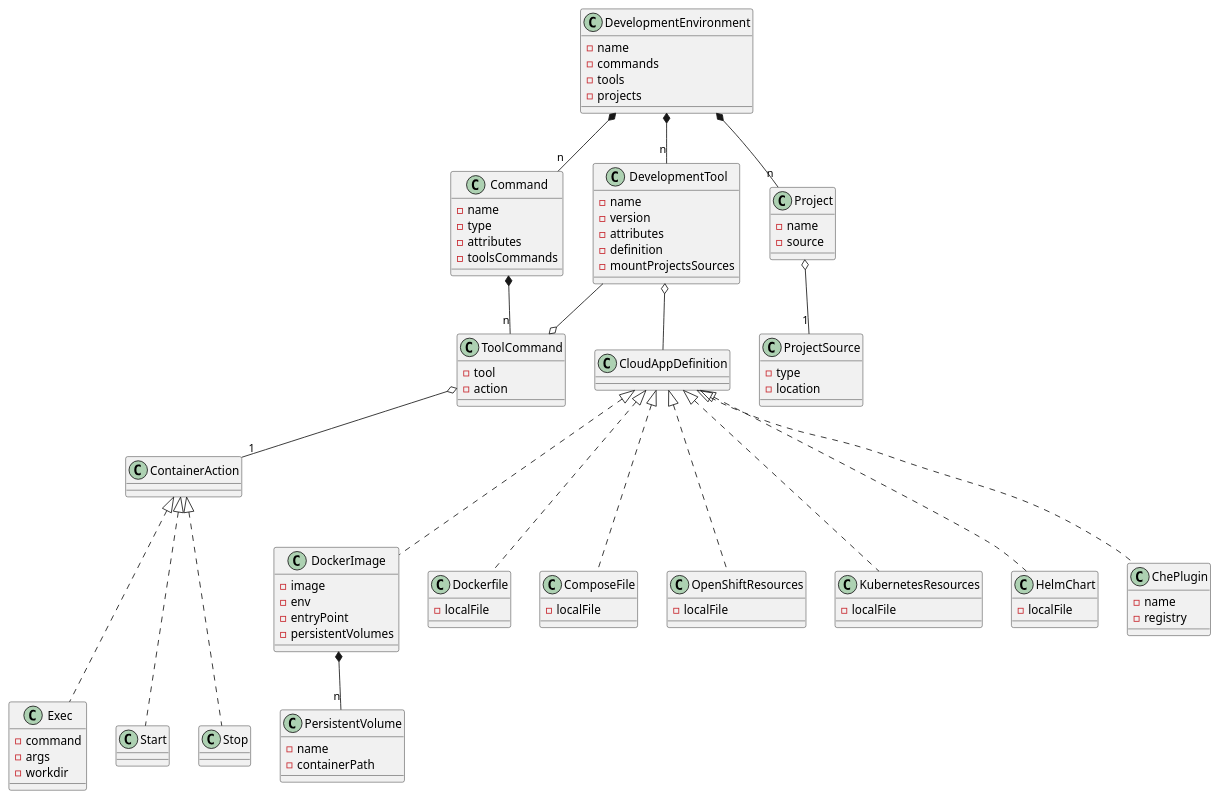
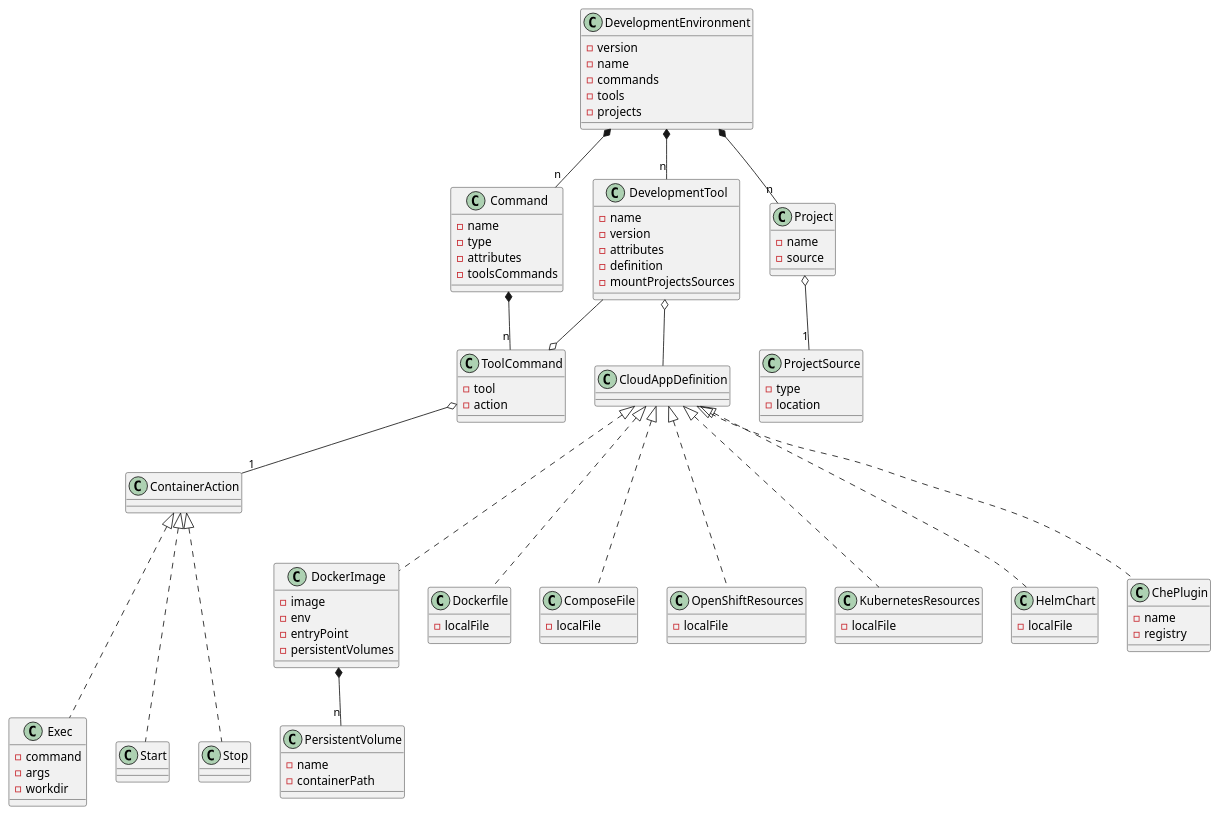
Before and after one commit to redhat-developer/devfile: the diagram in devfile.plantuml, drawn with PlantUML. The commit also changed 1 other file, not shown here.

Commit message:
Added version after Gorkem feedback

```diff
--- a/devfile.plantuml
+++ b/devfile.plantuml
@@ -1,127 +1,128 @@
 @startuml
 
 class DevelopmentEnvironment {
+  - version
   - name
   - commands
   - tools
   - projects
 }
 
 together {
   class DevelopmentTool
   class Command
   class Project
 }
 
 together {
   class ToolCommand
   class CloudAppDefinition
 }
 
 DevelopmentEnvironment *-- "n" DevelopmentTool
 DevelopmentEnvironment *-- "n" Command
 DevelopmentEnvironment *-- "n" Project
 
 class DevelopmentTool {
     - name
     - version
     - attributes
     - definition
     - mountProjectsSources
 }
 
 DevelopmentTool o-- CloudAppDefinition
 
 CloudAppDefinition <|-.. DockerImage
 CloudAppDefinition <|-.. Dockerfile
 CloudAppDefinition <|-.. ComposeFile
 CloudAppDefinition <|-.. OpenShiftResources
 CloudAppDefinition <|-.. KubernetesResources
 CloudAppDefinition <|-.. HelmChart
 CloudAppDefinition <|-.. ChePlugin
 
 class Command {
   - name
   - type
   - attributes
   - toolsCommands
 }
 
 Command *-- "n" ToolCommand
 ToolCommand o-- DevelopmentTool
 
 class ToolCommand {
   - tool
   - action
 }
 
 ToolCommand o-- "1" ContainerAction
 
 ContainerAction <|-..Exec
 ContainerAction <|-..Start
 ContainerAction <|-..Stop
 
 together {
   class Exec
   class Start
   class Stop
 }
 
 class Exec {
   - command
   - args
   - workdir
 }
 
 class Project {
   - name
   - source
 }
 
 Project o-- "1" ProjectSource
 
 class ProjectSource {
   - type
   - location
 }
 
 class DockerImage {
   - image
   - env
   - entryPoint
   - persistentVolumes
 }
 
 DockerImage *-- "n" PersistentVolume
 
 class PersistentVolume {
   - name
   - containerPath
 }
 
 class ComposeFile {
   - localFile
 }
 
 class Dockerfile {
   - localFile
 }
 
 class OpenShiftResources {
   - localFile
 }
 
 class KubernetesResources {
   - localFile
 }
 
 class HelmChart {
   - localFile
 }
 
 class ChePlugin {
   - name
   - registry
 }
 
 @enduml
```
